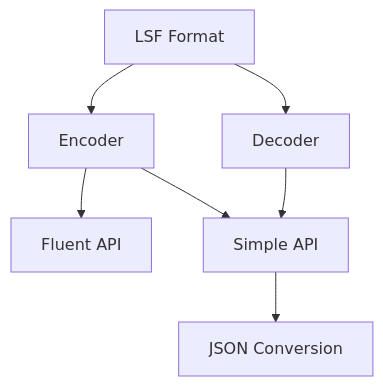
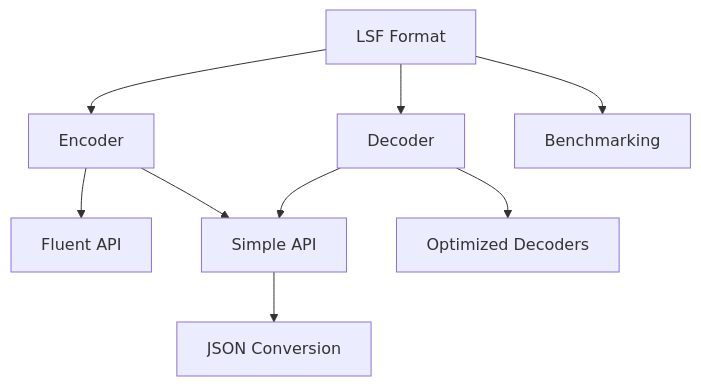
The first of 3 diagrams in .memory-bank/systemPatterns.md (LadislavSopko/lsf), drawn with Mermaid before and after one commit. The commit also changed other lines of this file and 3 other files, not shown here.

````diff
--- a/.memory-bank/systemPatterns.md
+++ b/.memory-bank/systemPatterns.md
@@ -7,9 +7,11 @@
 ```mermaid
 graph TD
     A[LSF Format] --> B[Encoder]
     A --> C[Decoder]
     B --> D[Fluent API]
     B --> E[Simple API]
     C --> E
     E --> F[JSON Conversion]
+    A --> G[Benchmarking]
+    C --> H[Optimized Decoders]
 ```
````
